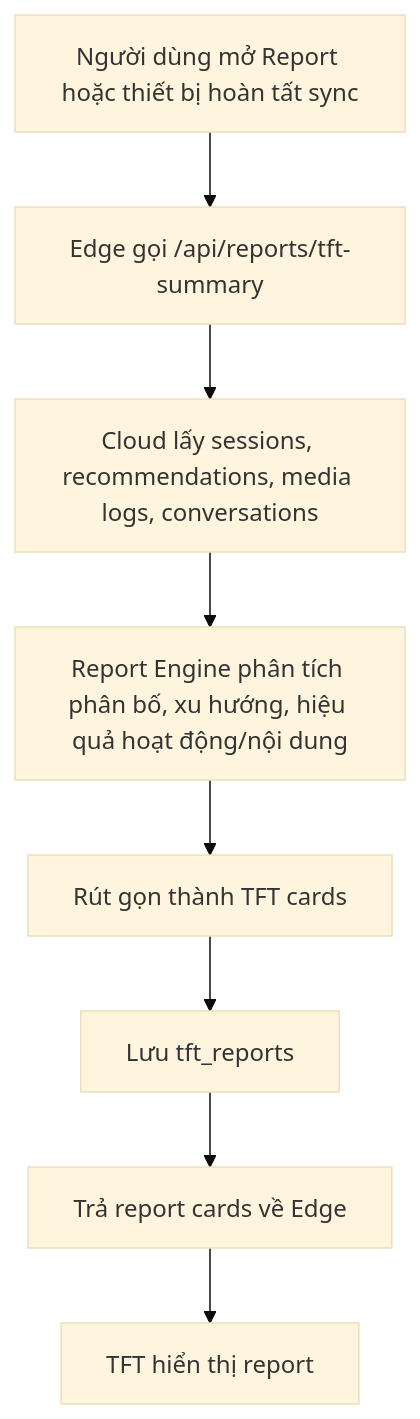
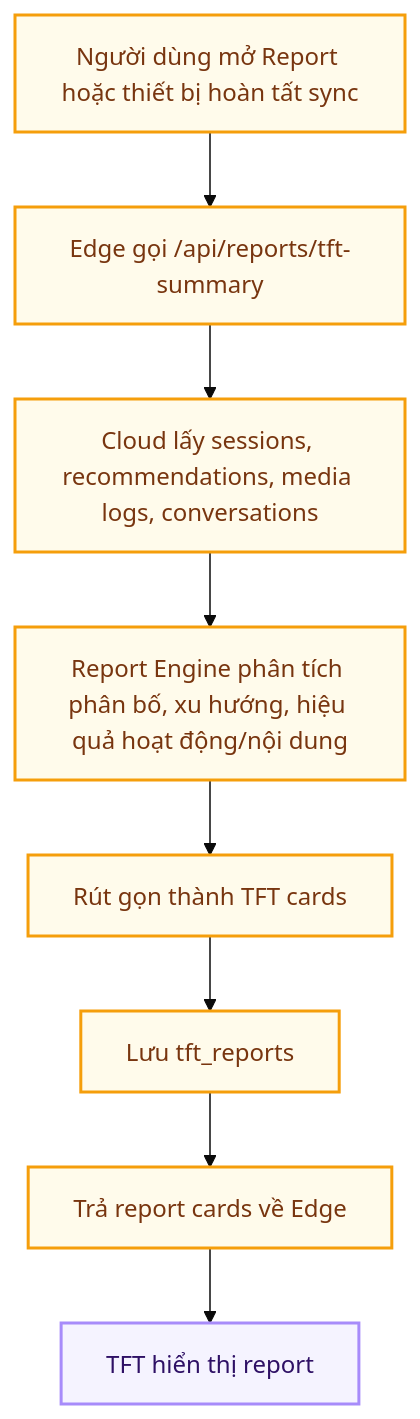
The third of 3 diagrams in docs/Spectification/EmotiCareAIoT/05_Internet Service.md (Computer-Vision-HCMUS/AIoT-Server), drawn with Mermaid (base theme) before and after one commit. The commit also changed other lines of this file and 88 other files, not shown here.

````diff
--- a/docs/Spectification/EmotiCareAIoT/05_Internet Service.md
+++ b/docs/Spectification/EmotiCareAIoT/05_Internet Service.md
@@ -223,13 +234,23 @@
 ```mermaid
 flowchart TD
     Trigger["Người dùng mở Report hoặc thiết bị hoàn tất sync"]
     Request["Edge gọi /api/reports/tft-summary"]
     Load["Cloud lấy sessions, recommendations, media logs, conversations"]
     Analyze["Report Engine phân tích phân bố, xu hướng, hiệu quả hoạt động/nội dung"]
     Compact["Rút gọn thành TFT cards"]
     Save["Lưu tft_reports"]
     Return["Trả report cards về Edge"]
     Display["TFT hiển thị report"]
 
     Trigger --> Request --> Load --> Analyze --> Compact --> Save --> Return --> Display
+
+
+    classDef userNode stroke:#818cf8,fill:#eef2ff,stroke-width:2px,color:#1e1b4b
+    classDef edgeNode stroke:#a78bfa,fill:#f5f3ff,stroke-width:2px,color:#2e1065
+    classDef cacheNode stroke:#2dd4bf,fill:#f0fdfa,stroke-width:2px,color:#0d5a57
+    classDef cloudNode stroke:#38bdf8,fill:#f0f9ff,stroke-width:2px,color:#0c3d67
+    classDef serviceNode stroke:#4ade80,fill:#f0fdf4,stroke-width:2px,color:#1a3a1a
+    classDef actionNode stroke:#f59e0b,fill:#fffbeb,stroke-width:2px,color:#78350f
+    class Display edgeNode
+    class Trigger,Request,Load,Analyze,Compact,Save,Return actionNode
 ```
````
